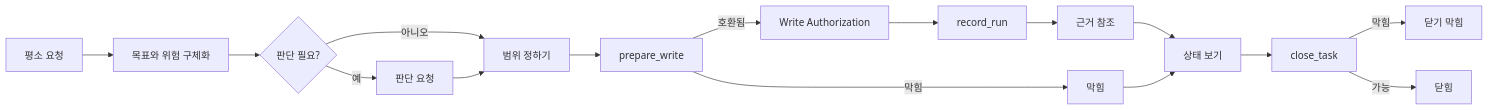
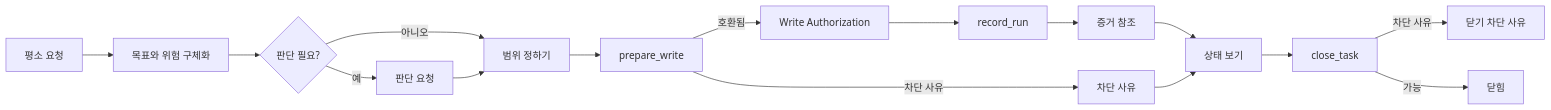
Before and after one commit to minjungw00/Harness_Project: the diagram in docs/ko/build/runtime-walkthrough.md, drawn with Mermaid. The commit also changed other lines of this file and 67 other files, not shown here.

````diff
--- a/docs/ko/build/runtime-walkthrough.md
+++ b/docs/ko/build/runtime-walkthrough.md
@@ -27,18 +27,18 @@
 ```mermaid
 flowchart LR
   Request["평소 요청"] --> Clarify["목표와 위험 구체화"]
   Clarify --> Judgment{"판단 필요?"}
   Judgment -->|예| Ask["판단 요청"]
   Judgment -->|아니오| Scope["범위 정하기"]
   Ask --> Scope
   Scope --> Prepare["prepare_write"]
   Prepare -->|호환됨| Auth["Write Authorization"]
-  Prepare -->|막힘| Blocker["막힘"]
+  Prepare -->|차단 사유| Blocker["차단 사유"]
   Auth --> Run["record_run"]
-  Run --> Evidence["근거 참조"]
+  Run --> Evidence["증거 참조"]
   Evidence --> Status["상태 보기"]
   Blocker --> Status
   Status --> CloseCheck["close_task"]
-  CloseCheck -->|막힘| CloseBlocker["닫기 막힘"]
+  CloseCheck -->|차단 사유| CloseBlocker["닫기 차단 사유"]
   CloseCheck -->|가능| Closed["닫힘"]
 ```
````
